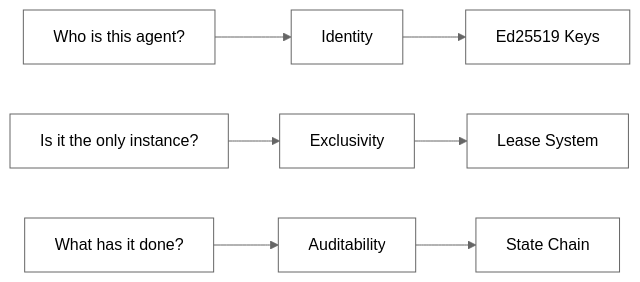
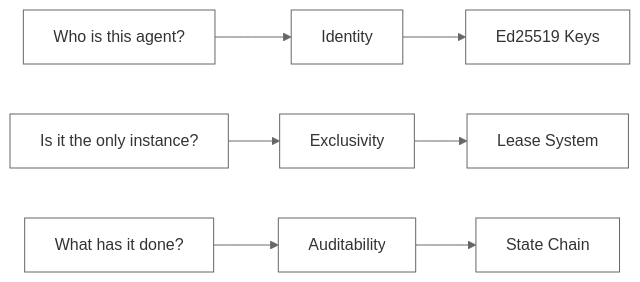
One commit to trustorno/sigaid changed the first of 7 diagrams in README.md. Above: the diagram before and after it, drawn with Mermaid. The commit also changed other lines of this file, not shown here.

Commit message:
Consistent white background for all diagrams

````diff
--- a/README.md
+++ b/README.md
@@ -15,21 +15,11 @@
 ```mermaid
-%%{init: {'theme': 'neutral', 'themeVariables': { 'nodeBorder': '#333', 'mainBkg': 'transparent', 'clusterBkg': 'transparent'}}}%%
+%%{init: {'theme': 'base', 'themeVariables': { 'primaryColor': '#fff', 'primaryBorderColor': '#666', 'lineColor': '#666', 'primaryTextColor': '#333'}}}%%
 graph LR
     Q1[Who is this agent?] --> A1[Identity]
     Q2[Is it the only instance?] --> A2[Exclusivity]
     Q3[What has it done?] --> A3[Auditability]
 
     A1 --> S1[Ed25519 Keys]
     A2 --> S2[Lease System]
     A3 --> S3[State Chain]
-
-    style Q1 fill:none,stroke:#666
-    style Q2 fill:none,stroke:#666
-    style Q3 fill:none,stroke:#666
-    style A1 fill:none,stroke:#666
-    style A2 fill:none,stroke:#666
-    style A3 fill:none,stroke:#666
-    style S1 fill:none,stroke:#666
-    style S2 fill:none,stroke:#666
-    style S3 fill:none,stroke:#666
 ```
````
